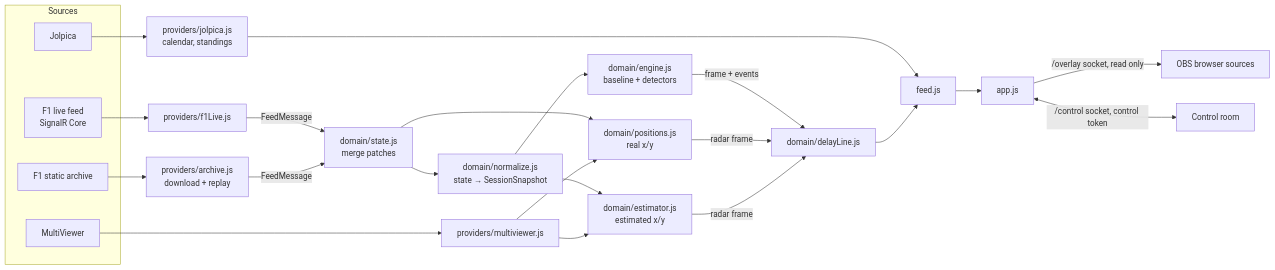
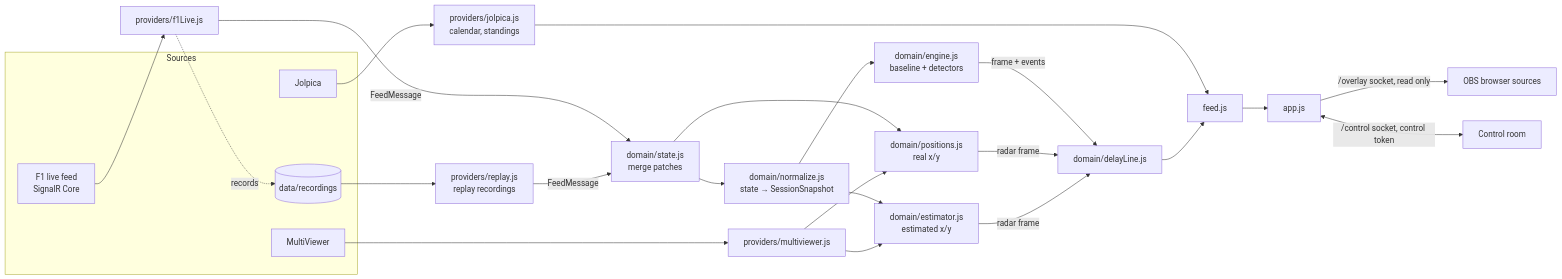
The diagram in docs/ARCHITECTURE.md (Toxic-Joker/GridPulse), drawn with Mermaid before and after one commit. The commit also changed other lines of this file and 21 other files, not shown here.

````diff
--- a/docs/ARCHITECTURE.md
+++ b/docs/ARCHITECTURE.md
@@ -35,29 +35,30 @@
 ```mermaid
 flowchart LR
   subgraph Sources
     LIVE[F1 live feed<br/>SignalR Core]
-    ARCH[F1 static archive]
+    REC[(data/recordings)]
     JOL[Jolpica]
     MV[MultiViewer]
   end
   LIVE --> F1L[providers/f1Live.js]
-  ARCH --> AR[providers/archive.js<br/>download + replay]
+  F1L -. records .-> REC
+  REC --> AR[providers/replay.js<br/>replay recordings]
   F1L -- FeedMessage --> ST[domain/state.js<br/>merge patches]
   AR -- FeedMessage --> ST
   ST --> NZ[domain/normalize.js<br/>state → SessionSnapshot]
   NZ --> EN[domain/engine.js<br/>baseline + detectors]
   ST --> POS[domain/positions.js<br/>real x/y]
   NZ --> EST[domain/estimator.js<br/>estimated x/y]
   MV --> CIR[providers/multiviewer.js]
   CIR --> POS
   CIR --> EST
   EN -- frame + events --> DL[domain/delayLine.js]
   POS -- radar frame --> DL
   EST -- radar frame --> DL
   JOL --> TBL[providers/jolpica.js<br/>calendar, standings]
   TBL --> FEED
   DL --> FEED[feed.js]
   FEED --> APP[app.js]
   APP -- /overlay socket, read only --> OBS[OBS browser sources]
   APP <-- /control socket, control token --> CR[Control room]
 ```
````
